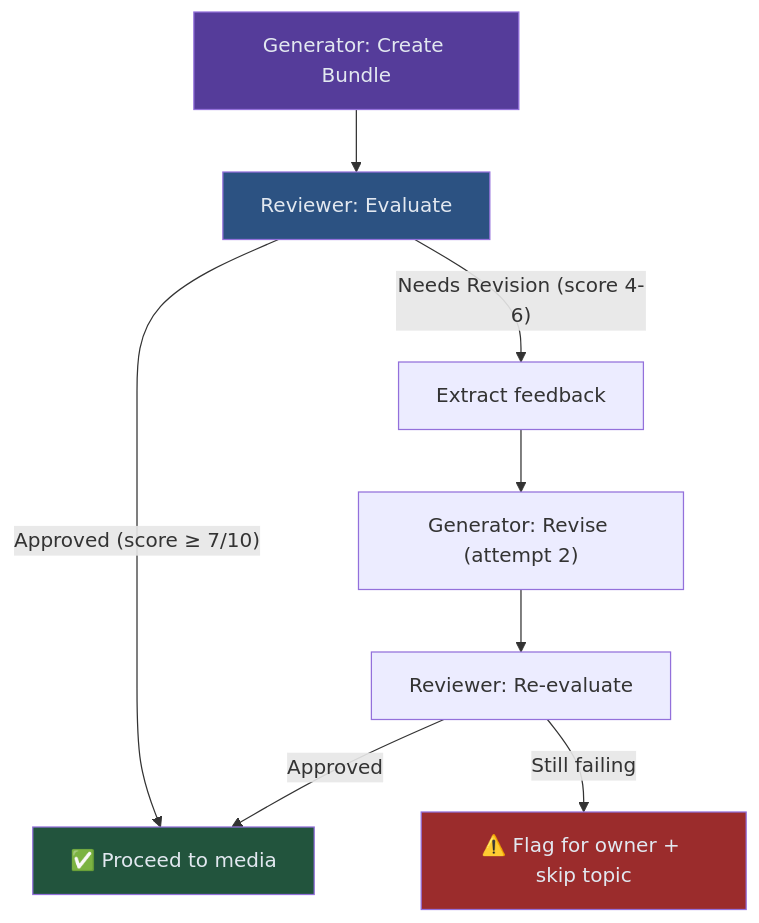
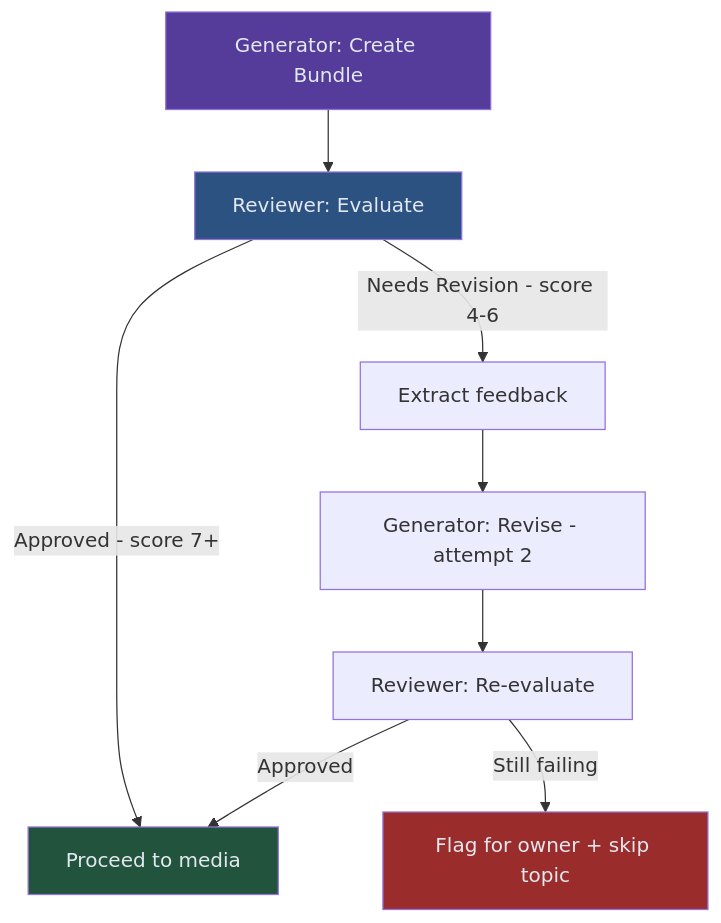
The second of 2 diagrams in specs/spec-03-agentic-quality.md (AbhinandanPun/dinopedia), drawn with Mermaid before and after one commit. The commit also changed other lines of this file and 5 other files, not shown here.

````diff
--- a/specs/spec-03-agentic-quality.md
+++ b/specs/spec-03-agentic-quality.md
@@ -214,15 +214,15 @@
 ```mermaid
 flowchart TD
     G["Generator: Create Bundle"] --> R["Reviewer: Evaluate"]
-    R -->|"Approved (score ≥ 7/10)"| Done["✅ Proceed to media"]
-    R -->|"Needs Revision (score 4-6)"| Feedback["Extract feedback"]
-    Feedback --> G2["Generator: Revise (attempt 2)"]
+    R -->|"Approved - score 7+"| Done["Proceed to media"]
+    R -->|"Needs Revision - score 4-6"| Feedback["Extract feedback"]
+    Feedback --> G2["Generator: Revise - attempt 2"]
     G2 --> R2["Reviewer: Re-evaluate"]
     R2 -->|"Approved"| Done
-    R2 -->|"Still failing"| Skip["⚠️ Flag for owner + skip topic"]
+    R2 -->|"Still failing"| Skip["Flag for owner + skip topic"]
 
     style G fill:#553c9a,color:#e2e8f0
     style R fill:#2c5282,color:#e2e8f0
     style Done fill:#22543d,color:#e2e8f0
     style Skip fill:#9b2c2c,color:#e2e8f0
 ```
````
